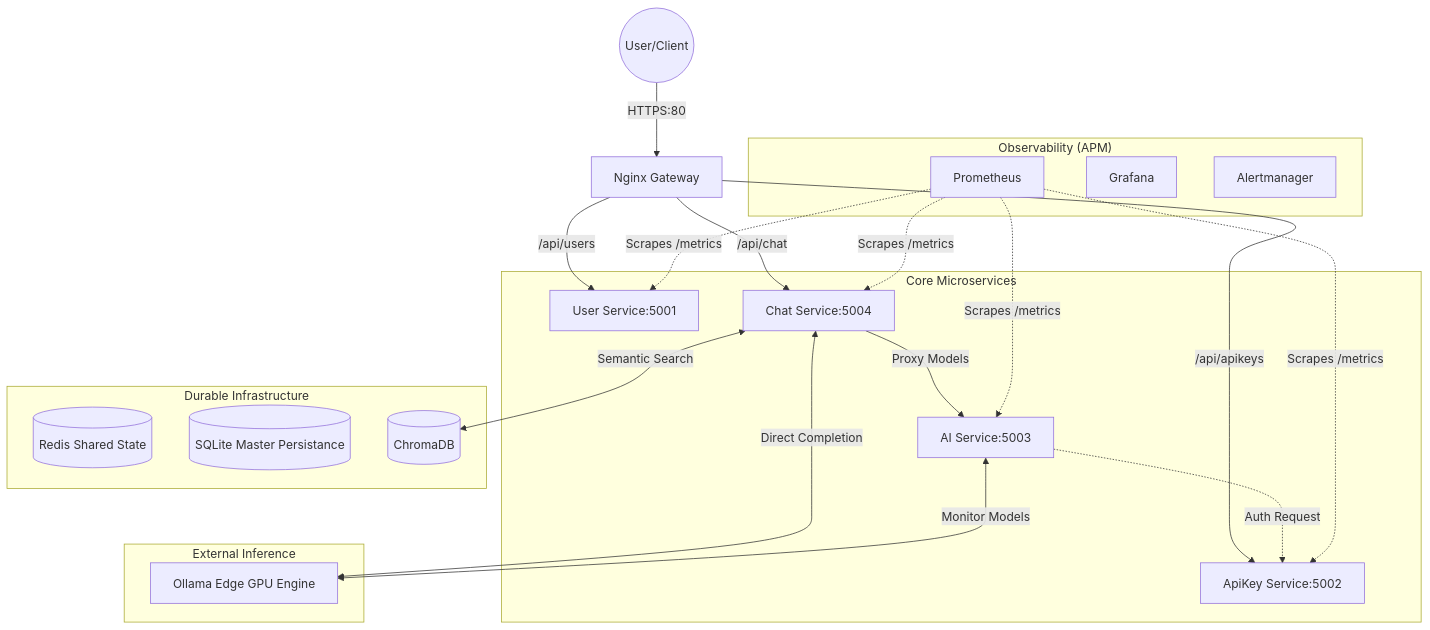
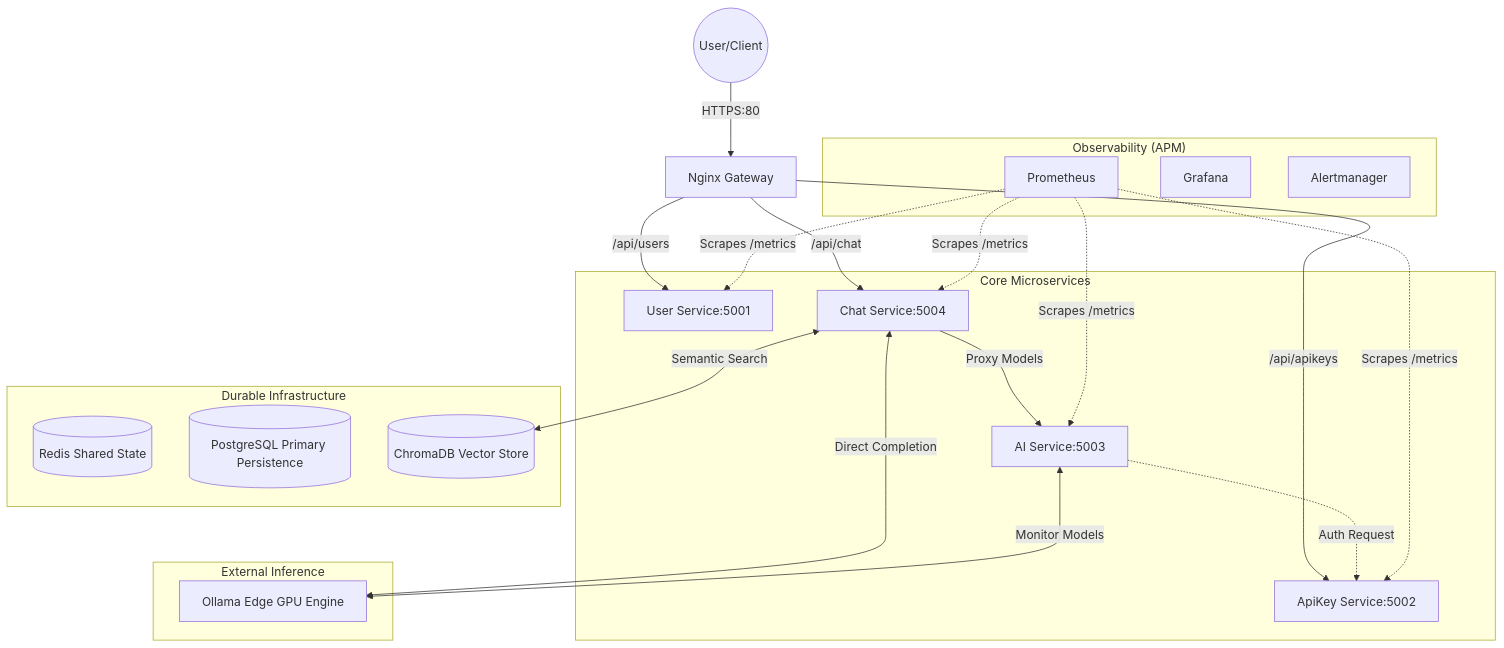
Before and after one commit to msivanesan/LLM-Orchestrator: the diagram in README.md, drawn with Mermaid. The commit also changed other lines of this file and 39 other files, not shown here.

Commit message:
Modernization: PostgreSQL Migration & Standalone Microservices

````diff
--- a/README.md
+++ b/README.md
@@ -16,48 +16,48 @@
 ```mermaid
 graph TD
     %% Entry Points
     User((User/Client)) -->|HTTPS:80| GW[Nginx Gateway]
     
     subgraph "Core Microservices"
         US[User Service:5001]
         AS[ApiKey Service:5002]
         AI[AI Service:5003]
         CS[Chat Service:5004]
     end
 
     subgraph "Durable Infrastructure"
         R[(Redis Shared State)]
-        DB[(SQLite Master Persistance)]
-        VC[(ChromaDB)]
+        DB[(PostgreSQL Primary Persistence)]
+        VC[(ChromaDB Vector Store)]
     end
 
     subgraph "Observability (APM)"
         PR[Prometheus]
         GR[Grafana]
         AM[Alertmanager]
     end
 
     subgraph "External Inference"
         OL[Ollama Edge GPU Engine]
     end
 
     %% Flow logic
     GW -->|/api/users| US
     GW -->|/api/apikeys| AS
     GW -->|/api/chat| CS
     
     %% AI / Chat Logic
     CS <-->|Semantic Search| VC
     CS -->|Proxy Models| AI
     CS <-->|Direct Completion| OL
     AI <-->|Monitor Models| OL
     
     %% Auth Sidecar Logic
     AI -.->|Auth Request| AS
     
     %% Metrics
     PR -.->|Scrapes /metrics| US
     PR -.->|Scrapes /metrics| AS
     PR -.->|Scrapes /metrics| CS
     PR -.->|Scrapes /metrics| AI
 ```
````
